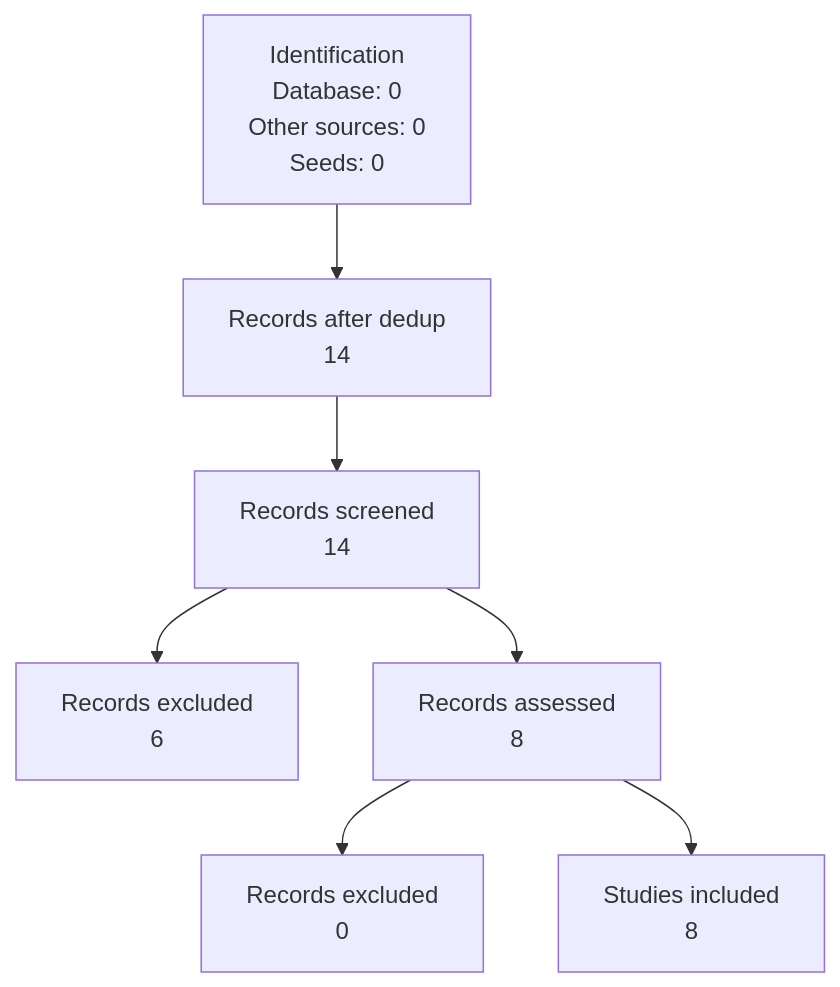
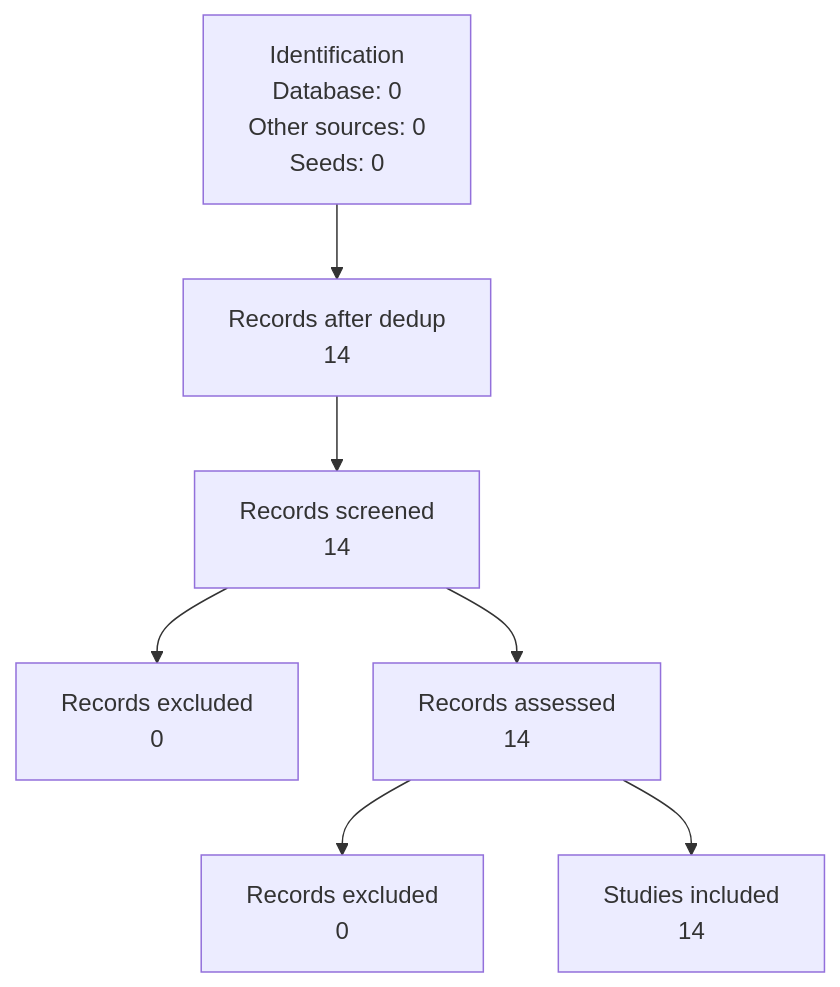
The diagram in outputs/runs/20260604T083344/drafts/methods.md (fegome90-cmd/paper-writer), drawn with Mermaid before and after one commit. The commit also changed other lines of this file and 6 other files, not shown here.

````diff
--- a/outputs/runs/20260604T083344/drafts/methods.md
+++ b/outputs/runs/20260604T083344/drafts/methods.md
@@ -38,9 +26,9 @@
 ```mermaid
 flowchart TD
     A["Identification<br/>Database: 0<br/>Other sources: 0<br/>Seeds: 0"] --> B["Records after dedup<br/>14"]
     B --> C["Records screened<br/>14"]
-    C --> D["Records excluded<br/>6"]
-    C --> E["Records assessed<br/>8"]
+    C --> D["Records excluded<br/>0"]
+    C --> E["Records assessed<br/>14"]
     E --> F["Records excluded<br/>0"]
-    E --> G["Studies included<br/>8"]
+    E --> G["Studies included<br/>14"]
 ```
````
